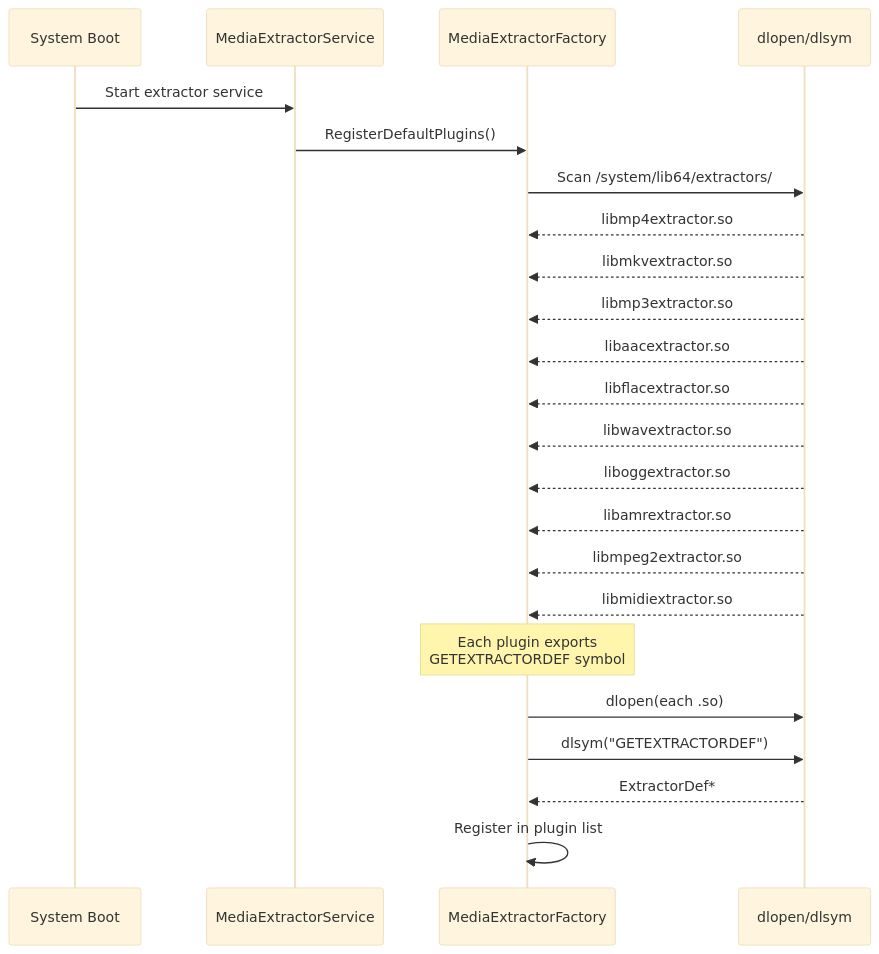
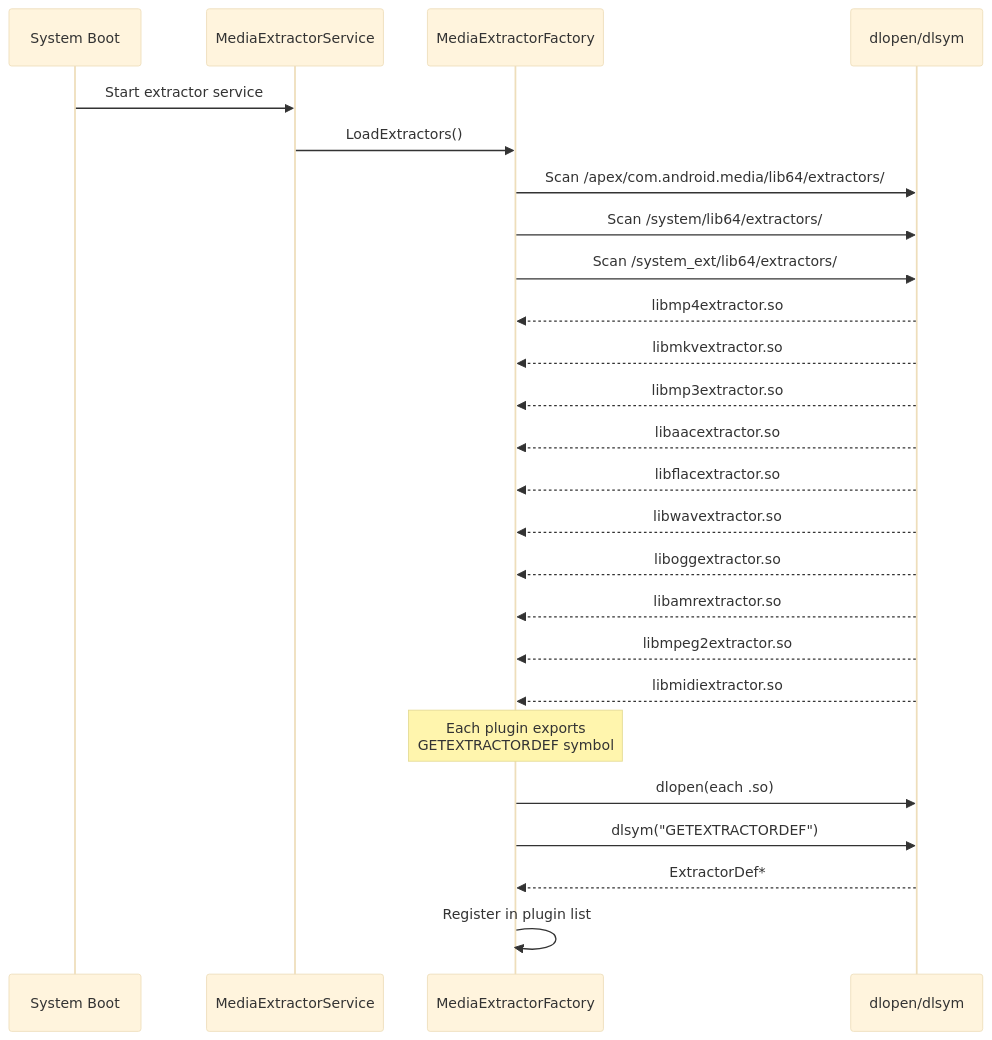
Diagram 32 of 34 in 16-media-and-camera.md (aospbooks/aosp-internal-book), drawn with Mermaid (base theme) before and after one commit. The commit also changed other lines of this file and 218 other files, not shown here.

````diff
--- a/16-media-and-camera.md
+++ b/16-media-and-camera.md
@@ -3912,28 +3959,30 @@
 ```mermaid
 sequenceDiagram
     participant Boot as System Boot
     participant MES as MediaExtractorService
     participant MEF as MediaExtractorFactory
     participant DL as dlopen/dlsym
 
     Boot->>MES: Start extractor service
-    MES->>MEF: RegisterDefaultPlugins()
+    MES->>MEF: LoadExtractors()
+    MEF->>DL: Scan /apex/com.android.media/lib64/extractors/
     MEF->>DL: Scan /system/lib64/extractors/
+    MEF->>DL: Scan /system_ext/lib64/extractors/
     DL-->>MEF: libmp4extractor.so
     DL-->>MEF: libmkvextractor.so
     DL-->>MEF: libmp3extractor.so
     DL-->>MEF: libaacextractor.so
     DL-->>MEF: libflacextractor.so
     DL-->>MEF: libwavextractor.so
     DL-->>MEF: liboggextractor.so
     DL-->>MEF: libamrextractor.so
     DL-->>MEF: libmpeg2extractor.so
     DL-->>MEF: libmidiextractor.so
 
     Note over MEF: Each plugin exports<br/>GETEXTRACTORDEF symbol
 
     MEF->>DL: dlopen(each .so)
     MEF->>DL: dlsym("GETEXTRACTORDEF")
     DL-->>MEF: ExtractorDef*
     MEF->>MEF: Register in plugin list
 ```
````
